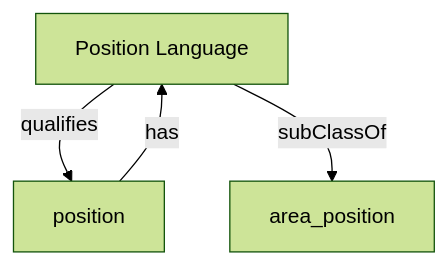
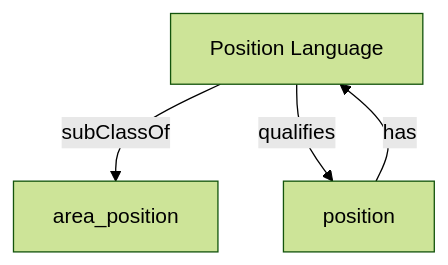
Before and after one commit to heidingaway/heidi2: the diagram in content/hr_data_model/position_language.md, drawn with Mermaid (forest theme). The commit also changed other lines of this file and 350 other files, not shown here.

````diff
--- a/content/hr_data_model/position_language.md
+++ b/content/hr_data_model/position_language.md
@@ -19,9 +20,9 @@
 ```mermaid
 graph TD
   Position_Language["Position Language"]:::current-page-node
   area_position["area_position"]
   position["position"]
+  Position_Language-->|" subClassOf "|area_position
   Position_Language-->|" qualifies "|position
-  Position_Language-->|" subClassOf "|area_position
   position-->|" has "|Position_Language
 ```
````
